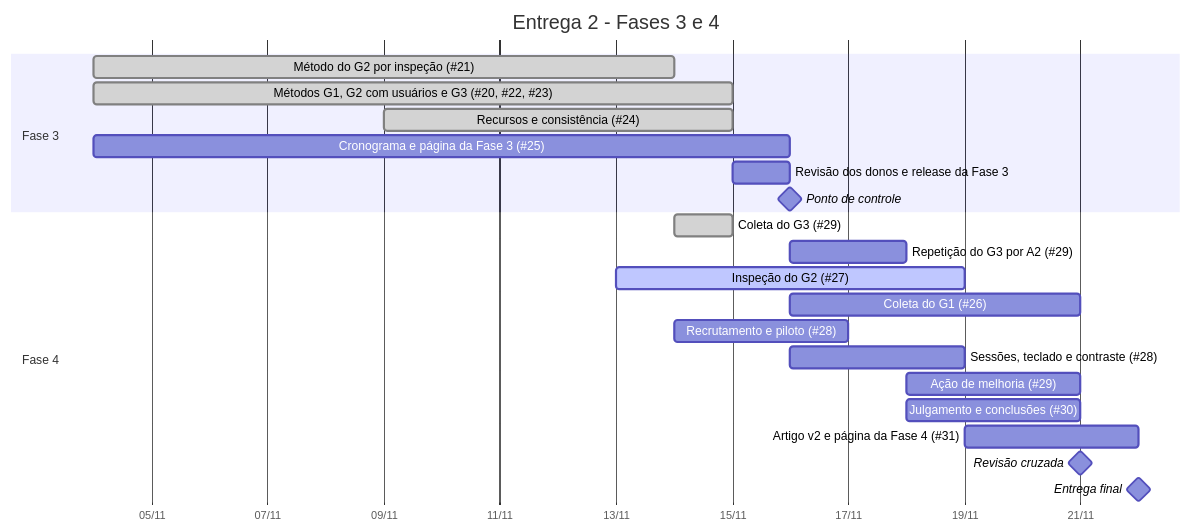
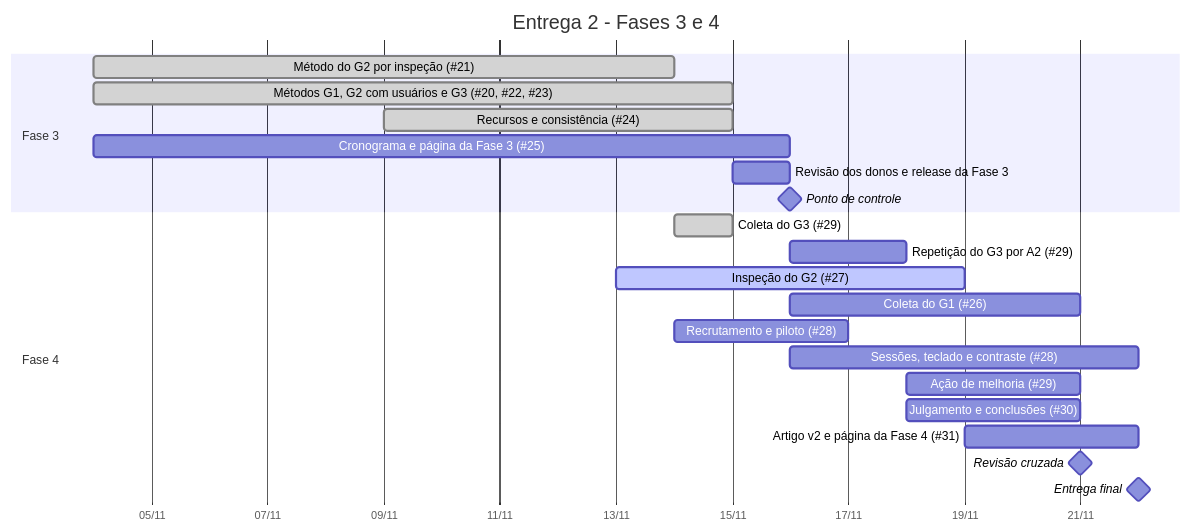
The diagram in docs/fase-3/cronograma.md (FCTE-Qualidade-de-Software-1/2026-2_T02_FRANCES_ALLEN), drawn with Mermaid before and after one commit. The commit also changed other lines of this file and 11 other files, not shown here.

````diff
--- a/docs/fase-3/cronograma.md
+++ b/docs/fase-3/cronograma.md
@@ -74,25 +76,25 @@
 ```mermaid
 gantt
     title Entrega 2 - Fases 3 e 4
     dateFormat YYYY-MM-DD
     axisFormat %d/%m
     section Fase 3
     Método do G2 por inspeção (#21)            :done, f3a, 2026-11-04, 2026-11-14
     Métodos G1, G2 com usuários e G3 (#20, #22, #23) :done, f3b, 2026-11-04, 2026-11-15
     Recursos e consistência (#24)              :done, f3c, 2026-11-09, 2026-11-15
     Cronograma e página da Fase 3 (#25)        :f3d, 2026-11-04, 2026-11-16
     Revisão dos donos e release da Fase 3      :f3e, 2026-11-15, 2026-11-16
     Ponto de controle                          :milestone, 2026-11-16, 0d
     section Fase 4
     Coleta do G3 (#29)                         :done, f4a, 2026-11-14, 2026-11-15
     Repetição do G3 por A2 (#29)               :f4b, 2026-11-16, 2026-11-18
     Inspeção do G2 (#27)                       :active, f4c, 2026-11-13, 2026-11-19
     Coleta do G1 (#26)                         :f4d, 2026-11-16, 2026-11-21
     Recrutamento e piloto (#28)                :f4e, 2026-11-14, 2026-11-17
-    Sessões, teclado e contraste (#28)         :f4f, 2026-11-16, 2026-11-19
+    Sessões, teclado e contraste (#28)         :f4f, 2026-11-16, 2026-11-22
     Ação de melhoria (#29)                     :f4g, 2026-11-18, 2026-11-21
     Julgamento e conclusões (#30)              :f4h, 2026-11-18, 2026-11-21
     Artigo v2 e página da Fase 4 (#31)         :f4i, 2026-11-19, 2026-11-22
     Revisão cruzada                            :milestone, 2026-11-21, 0d
     Entrega final                              :milestone, 2026-11-22, 0d
 ```
````
